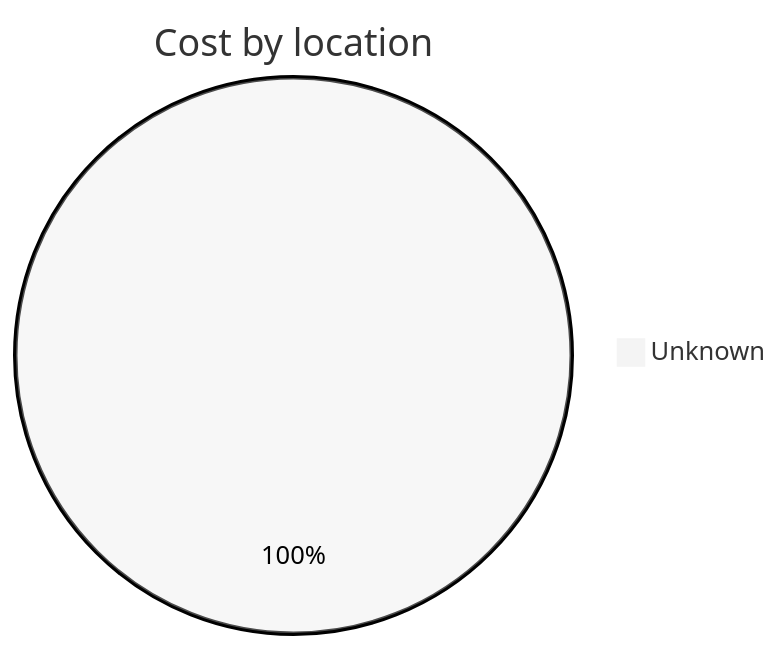
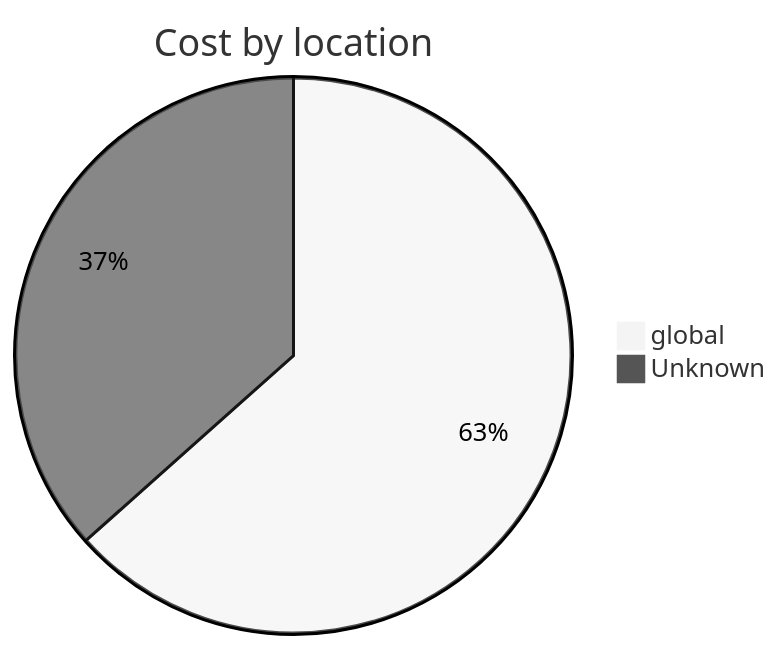
The third of 4 diagrams in cost-reports/personal-dns/jpatrickfulton.dev.md (jpfulton/azure-personal-reports), drawn with Mermaid (neutral theme) before and after one commit. The commit also changed other lines of this file and 1 other file, not shown here.

````diff
--- a/cost-reports/personal-dns/jpatrickfulton.dev.md
+++ b/cost-reports/personal-dns/jpatrickfulton.dev.md
@@ -107,5 +108,6 @@
 ```mermaid
 pie
    title Cost by location
-   "Unknown" : 0.39
+   "global" : 0.26
+   "Unknown" : 0.15
 ```
````
